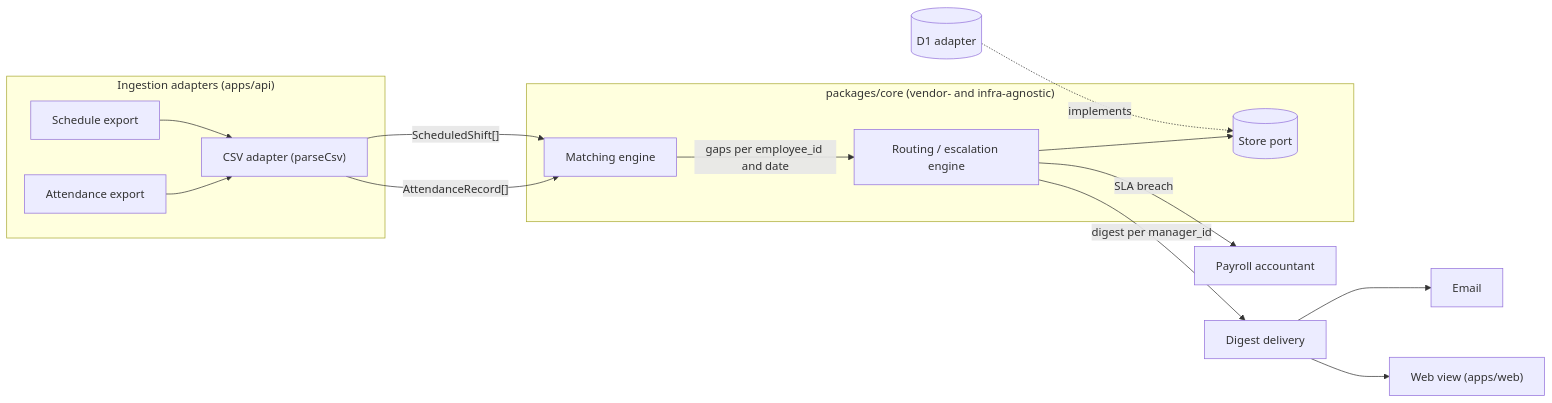
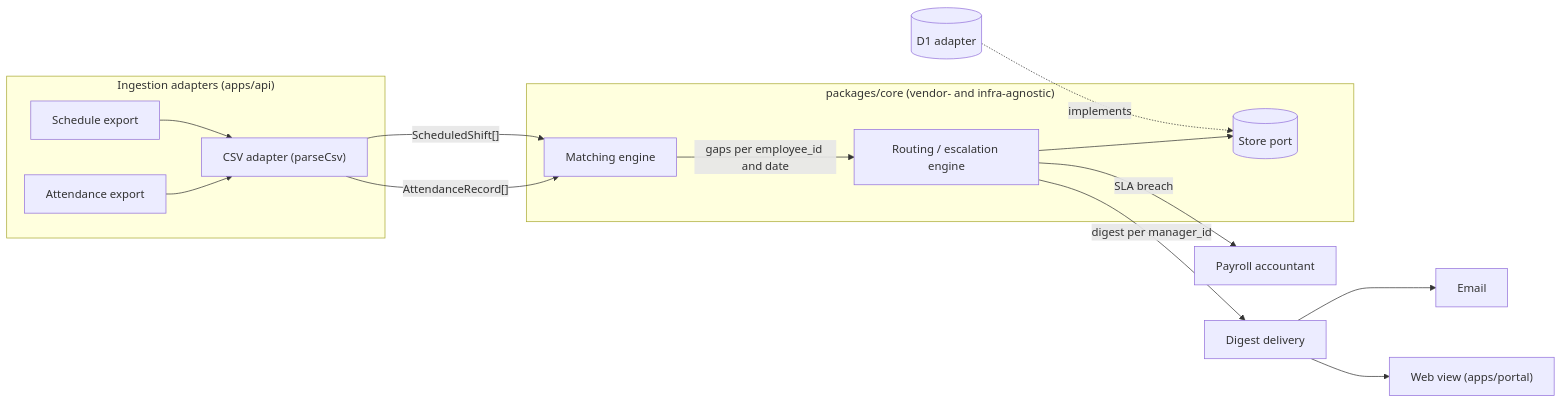
One commit to clockcover/clockcover changed the diagram in docs/architecture.md. Above: the diagram before and after it, drawn with Mermaid. The commit also changed other lines of this file and 40 other files, not shown here.

Commit message:
refactor: apps/portal + apps/web, hosts portal./console., workers renamed (#20)

````diff
--- a/docs/architecture.md
+++ b/docs/architecture.md
@@ -16,26 +16,26 @@
 ```mermaid
 flowchart LR
     subgraph adapters["Ingestion adapters (apps/api)"]
         att["Attendance export"]
         sch["Schedule export"]
         csv["CSV adapter (parseCsv)"]
     end
 
     subgraph core["packages/core (vendor- and infra-agnostic)"]
         match["Matching engine"]
         route["Routing / escalation engine"]
         store[("Store port")]
     end
 
     att --> csv
     sch --> csv
     csv -- "AttendanceRecord[]" --> match
     csv -- "ScheduledShift[]" --> match
     match -- "gaps per employee_id and date" --> route
     route --> store
     d1[("D1 adapter")] -. "implements" .-> store
     route -- "digest per manager_id" --> digest["Digest delivery"]
     route -- "SLA breach" --> payroll["Payroll accountant"]
     digest --> email["Email"]
-    digest --> web["Web view (apps/web)"]
+    digest --> web["Web view (apps/portal)"]
 ```
````
